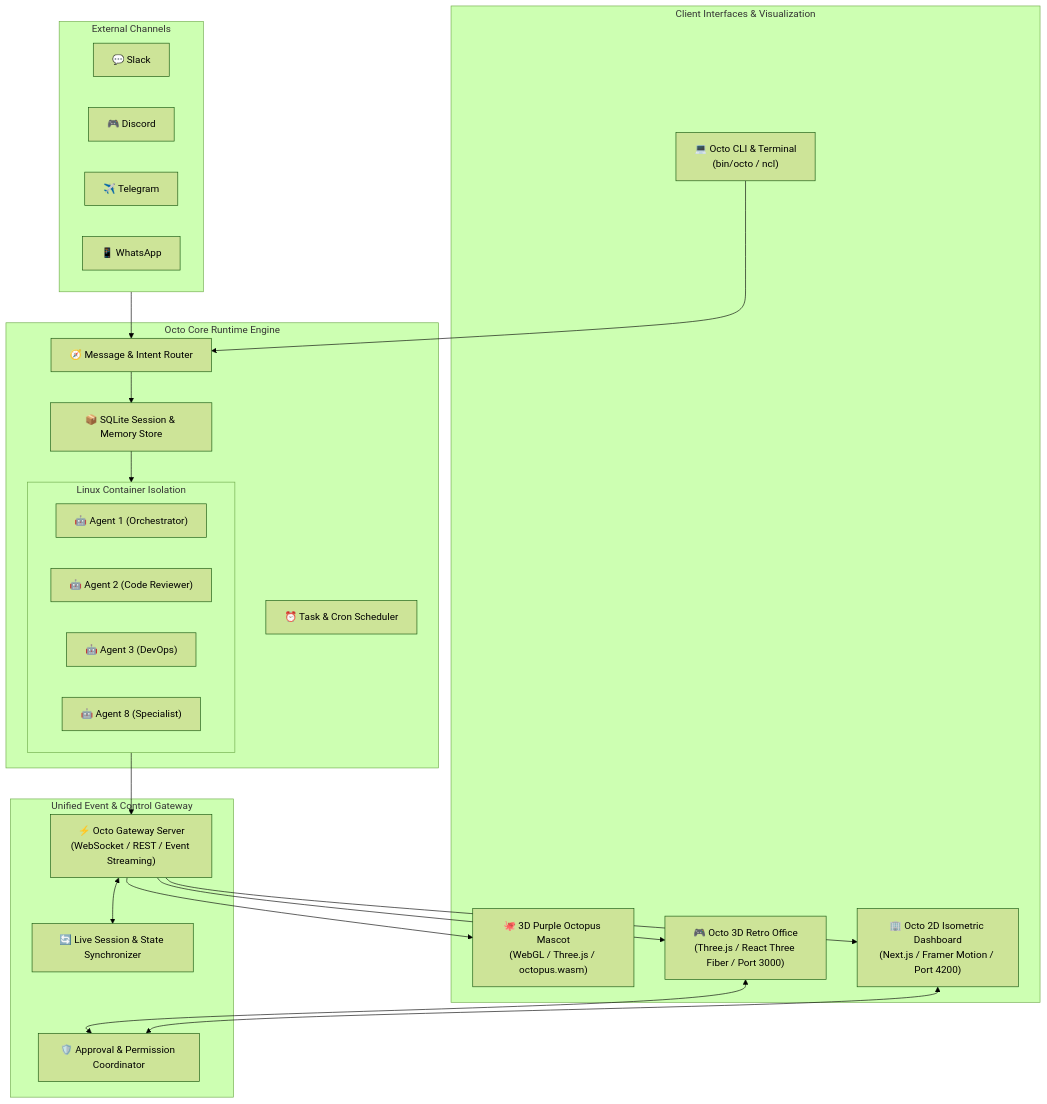
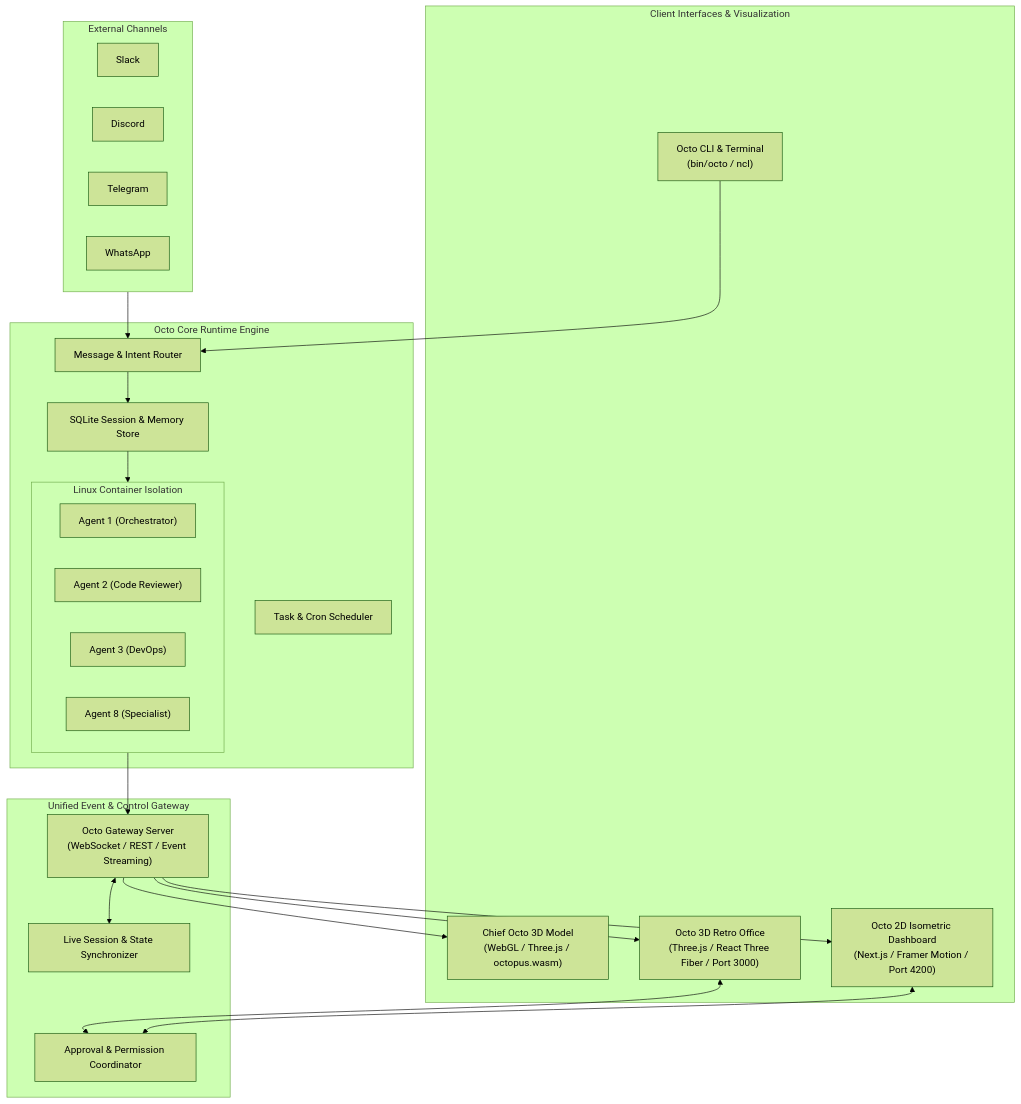
The first of 2 diagrams in ARCHITECTURE.md (Aravindh-dev12/octic-Agent), drawn with Mermaid (forest theme) before and after one commit. The commit also changed other lines of this file and 11 other files, not shown here.

````diff
--- a/ARCHITECTURE.md
+++ b/ARCHITECTURE.md
@@ -13,47 +13,47 @@
 ```mermaid
 flowchart TD
     subgraph ClientLayers["Client Interfaces & Visualization"]
-        M3D["🐙 3D Purple Octopus Mascot\n(WebGL / Three.js / octopus.wasm)"]
-        Office3D["🎮 Octo 3D Retro Office\n(Three.js / React Three Fiber / Port 3000)"]
-        Office2D["🏢 Octo 2D Isometric Dashboard\n(Next.js / Framer Motion / Port 4200)"]
-        CLI["💻 Octo CLI & Terminal\n(bin/octo / ncl)"]
+        M3D["Chief Octo 3D Model\n(WebGL / Three.js / octopus.wasm)"]
+        Office3D["Octo 3D Retro Office\n(Three.js / React Three Fiber / Port 3000)"]
+        Office2D["Octo 2D Isometric Dashboard\n(Next.js / Framer Motion / Port 4200)"]
+        CLI["Octo CLI & Terminal\n(bin/octo / ncl)"]
     end
 
     subgraph GatewayLayer["Unified Event & Control Gateway"]
-        GW["⚡ Octo Gateway Server\n(WebSocket / REST / Event Streaming)"]
-        AuthCoordinator["🛡️ Approval & Permission Coordinator"]
-        StateSync["🔄 Live Session & State Synchronizer"]
+        GW["Octo Gateway Server\n(WebSocket / REST / Event Streaming)"]
+        AuthCoordinator["Approval & Permission Coordinator"]
+        StateSync["Live Session & State Synchronizer"]
     end
 
     subgraph CoreEngine["Octo Core Runtime Engine"]
-        Router["🧭 Message & Intent Router"]
-        SessionMgr["📦 SQLite Session & Memory Store"]
-        Scheduler["⏰ Task & Cron Scheduler"]
+        Router["Message & Intent Router"]
+        SessionMgr["SQLite Session & Memory Store"]
+        Scheduler["Task & Cron Scheduler"]
         
         subgraph Sandbox["Linux Container Isolation"]
-            Agent1["🤖 Agent 1 (Orchestrator)"]
-            Agent2["🤖 Agent 2 (Code Reviewer)"]
-            Agent3["🤖 Agent 3 (DevOps)"]
-            AgentN["🤖 Agent 8 (Specialist)"]
+            Agent1["Agent 1 (Orchestrator)"]
+            Agent2["Agent 2 (Code Reviewer)"]
+            Agent3["Agent 3 (DevOps)"]
+            AgentN["Agent 8 (Specialist)"]
         end
     end
 
     subgraph Channels["External Channels"]
-        Slack["💬 Slack"]
-        Discord["🎮 Discord"]
-        Telegram["✈️ Telegram"]
-        WhatsApp["📱 WhatsApp"]
+        Slack["Slack"]
+        Discord["Discord"]
+        Telegram["Telegram"]
+        WhatsApp["WhatsApp"]
     end
 
     Channels --> Router
     CLI --> Router
     Router --> SessionMgr
     SessionMgr --> Sandbox
     Sandbox --> GW
     GW --> Office3D
     GW --> Office2D
     GW --> M3D
     Office3D <--> AuthCoordinator
     Office2D <--> AuthCoordinator
     GW <--> StateSync
 ```
````
